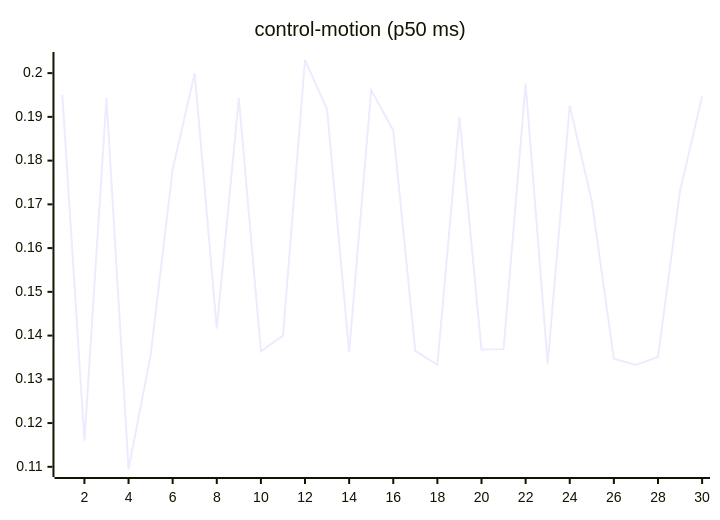
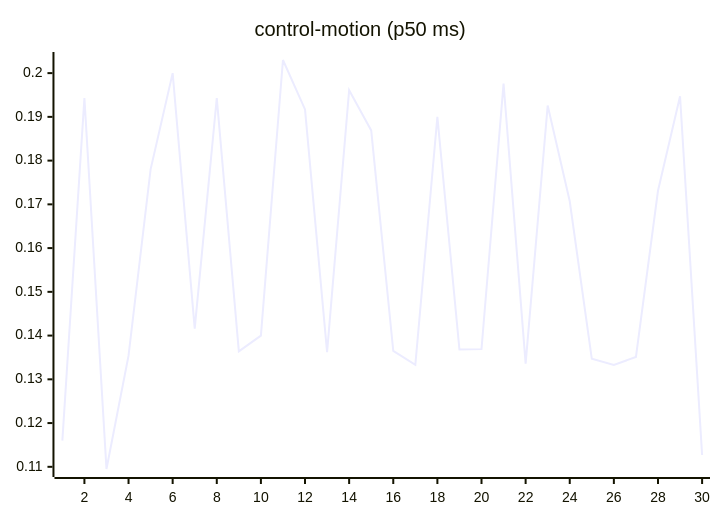
Before and after one commit to josha/Facet: the seventh of 27 diagrams in README.md, drawn with Mermaid. The commit also changed other lines of this file and 2 other files, not shown here.

````diff
--- a/README.md
+++ b/README.md
@@ -105,6 +105,6 @@
 ```mermaid
 xychart-beta
     title "control-motion (p50 ms)"
     x-axis 1 --> 30
-    line [0.1950, 0.1160, 0.1943, 0.1095, 0.1354, 0.1780, 0.2000, 0.1416, 0.1943, 0.1364, 0.1400, 0.2030, 0.1917, 0.1362, 0.1961, 0.1869, 0.1365, 0.1333, 0.1900, 0.1368, 0.1369, 0.1976, 0.1336, 0.1926, 0.1707, 0.1347, 0.1333, 0.1351, 0.1731, 0.1947]
+    line [0.1160, 0.1943, 0.1095, 0.1354, 0.1780, 0.2000, 0.1416, 0.1943, 0.1364, 0.1400, 0.2030, 0.1917, 0.1362, 0.1961, 0.1869, 0.1365, 0.1333, 0.1900, 0.1368, 0.1369, 0.1976, 0.1336, 0.1926, 0.1707, 0.1347, 0.1333, 0.1351, 0.1731, 0.1947, 0.1127]
 ```
````
